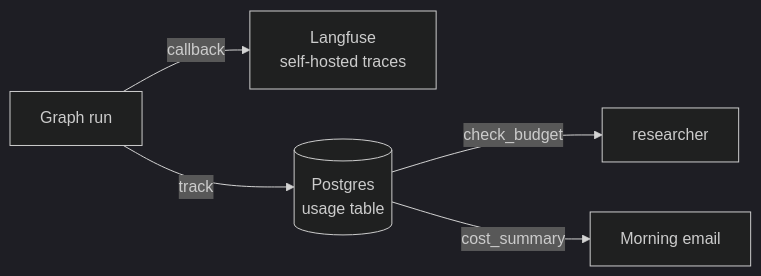
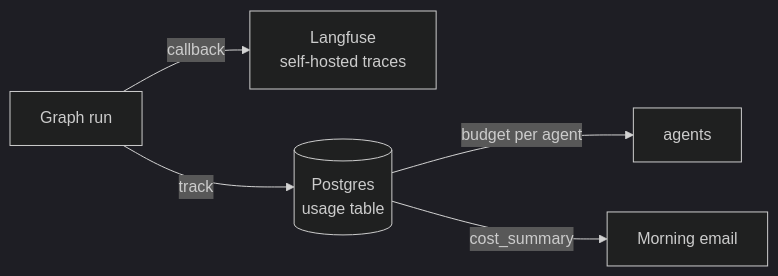
One commit to JTTrinborg/hephaestus changed the fourth of 4 diagrams in README.md. Above: the diagram before and after it, drawn with Mermaid (dark theme). The commit also changed other lines of this file and 4 other files, not shown here.

````diff
--- a/README.md
+++ b/README.md
@@ -91,7 +99,7 @@
 ```mermaid
 flowchart LR
     G[Graph run] -->|callback| LF[Langfuse<br/>self-hosted traces]
     G -->|track| U[(Postgres<br/>usage table)]
-    U -->|check_budget| R[researcher]
+    U -->|budget per agent| A[agents]
     U -->|cost_summary| E[Morning email]
 ```
````
